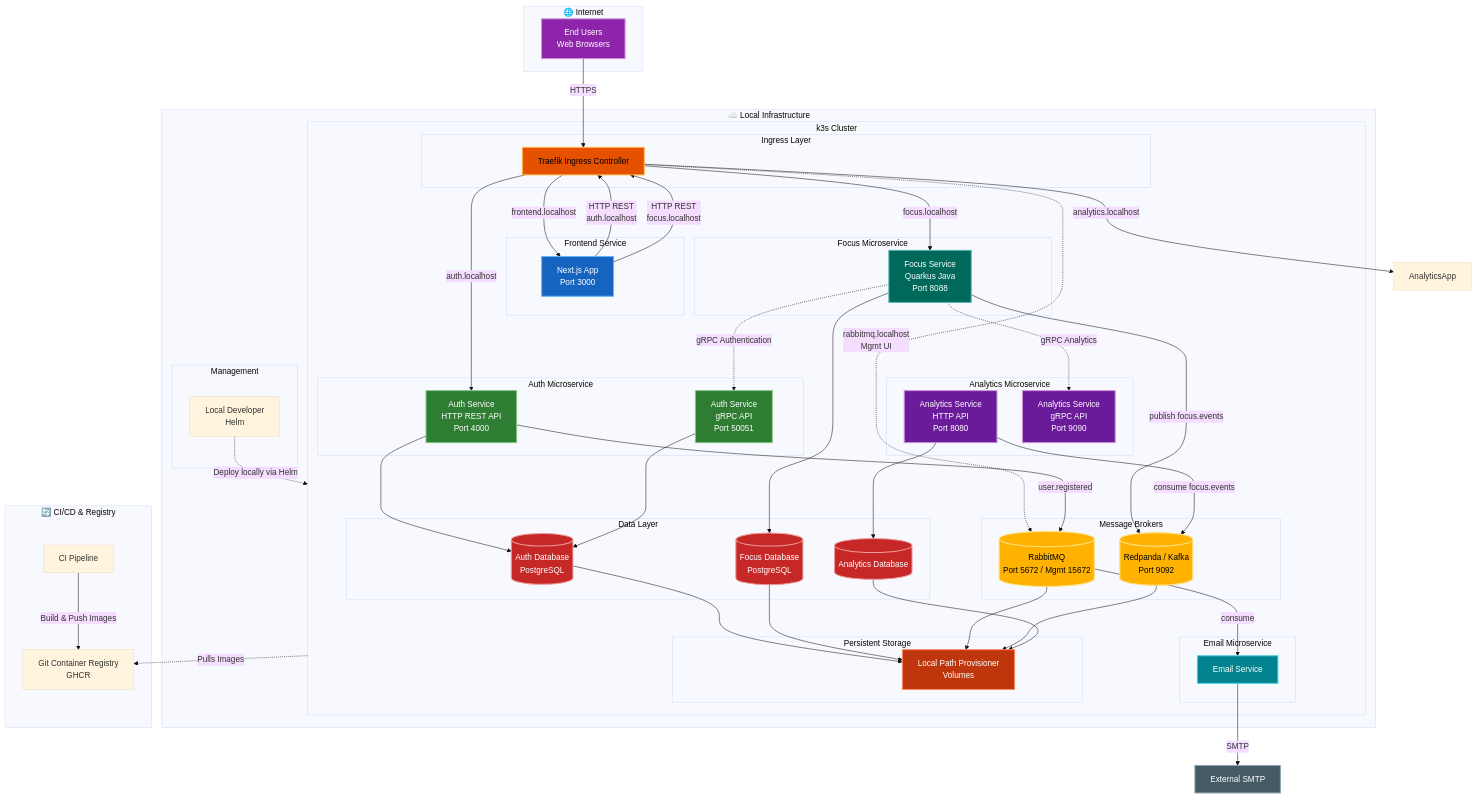
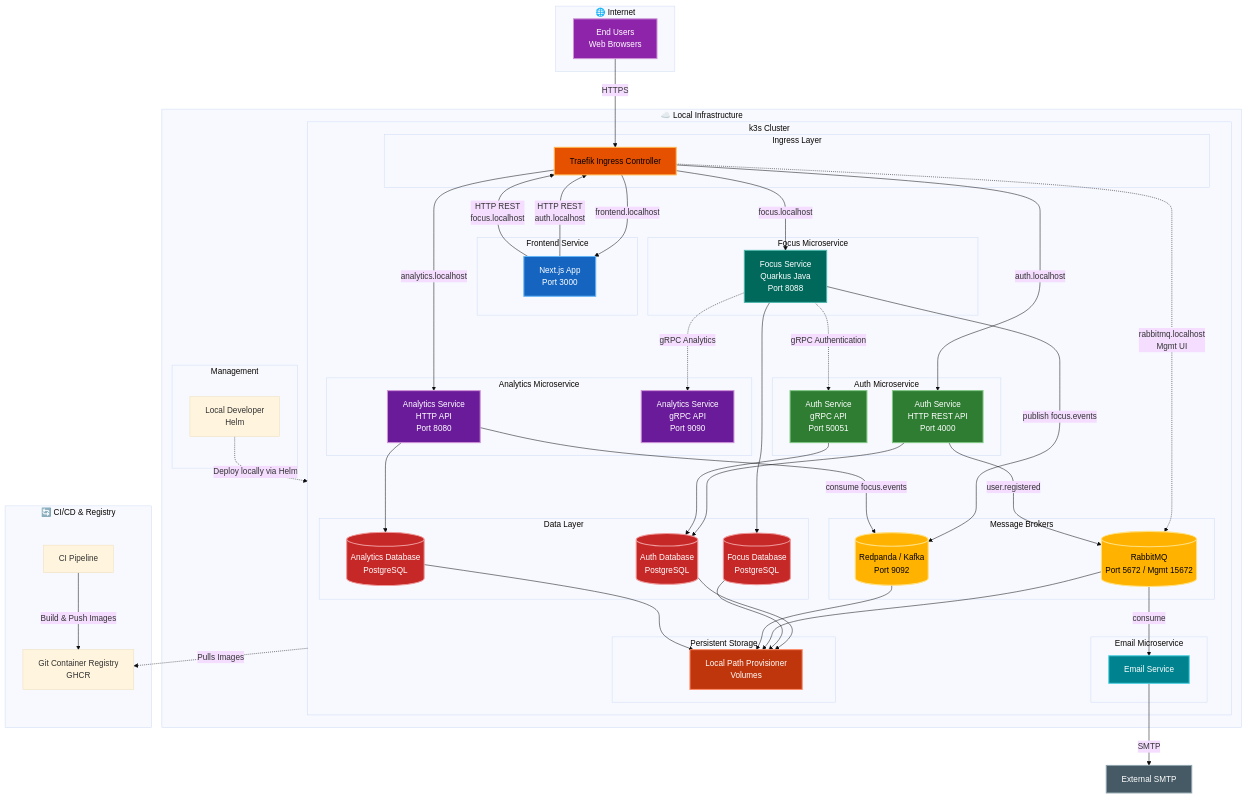
One commit to CloudNativeDevelopmentTeamH/infra changed the first of 2 diagrams in architecture.md. Above: the diagram before and after it, drawn with Mermaid (base theme).

Commit message:
fix: update architecture documentation to specify PostgreSQL for Analytics Database and correct service name for Analytics

```diff
--- a/architecture.md
+++ b/architecture.md
@@ -50,7 +50,7 @@
             subgraph Data["Data Layer"]
                 AuthDB[(Auth Database<br/>PostgreSQL)]
                 FocusDB[(Focus Database<br/>PostgreSQL)]
-                AnalyticsDB[(Analytics Database)]
+                AnalyticsDB[(Analytics Database<br/>PostgreSQL)]
             end
         end
 
@@ -69,7 +69,7 @@
     Traefik -->|frontend.localhost| NextJS
     Traefik -->|auth.localhost| AuthHTTP
     Traefik -->|focus.localhost| FocusApp
-    Traefik -->|analytics.localhost| AnalyticsApp
+    Traefik -->|analytics.localhost| AnalyticsHTTP
     Traefik -.->|rabbitmq.localhost<br/>Mgmt UI| RabbitMQ
 
     %% Frontend-to-Backend API calls (via Traefik)
```
